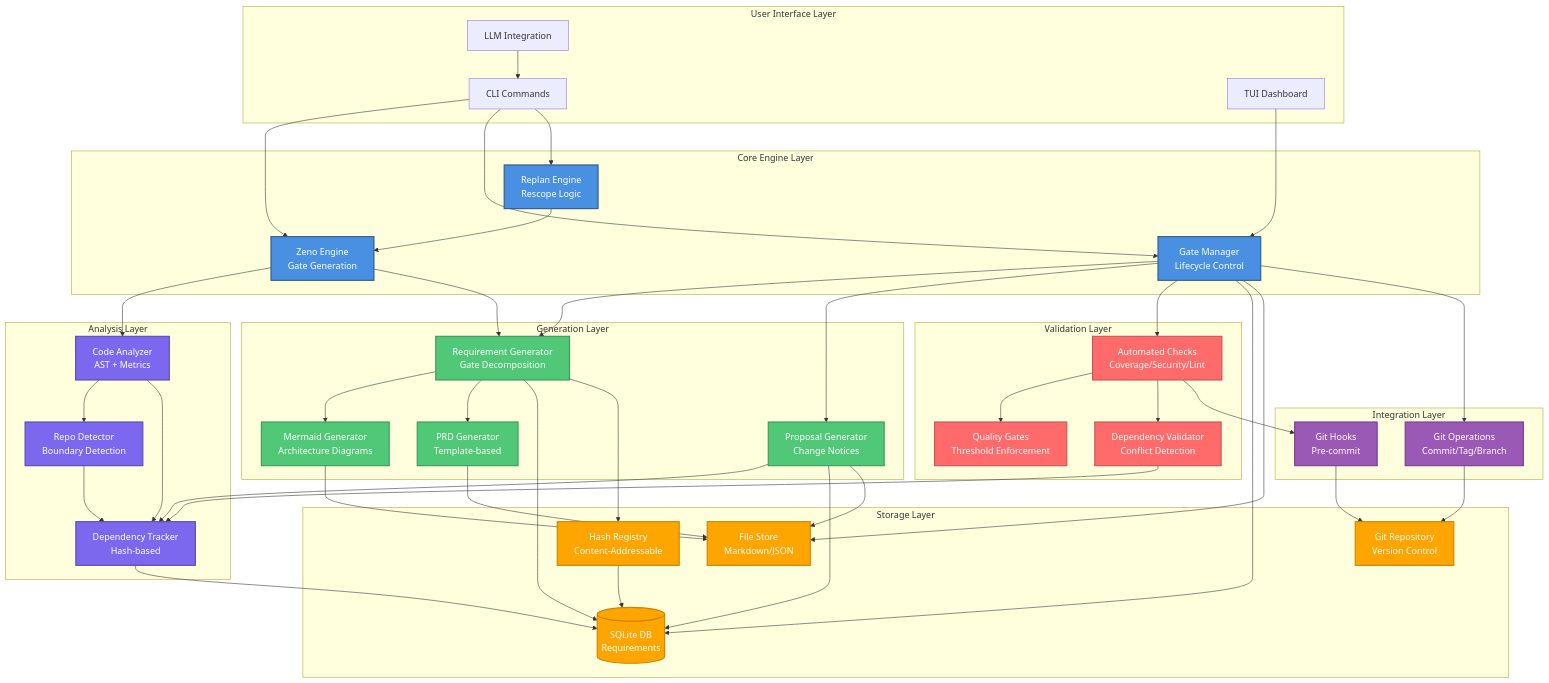
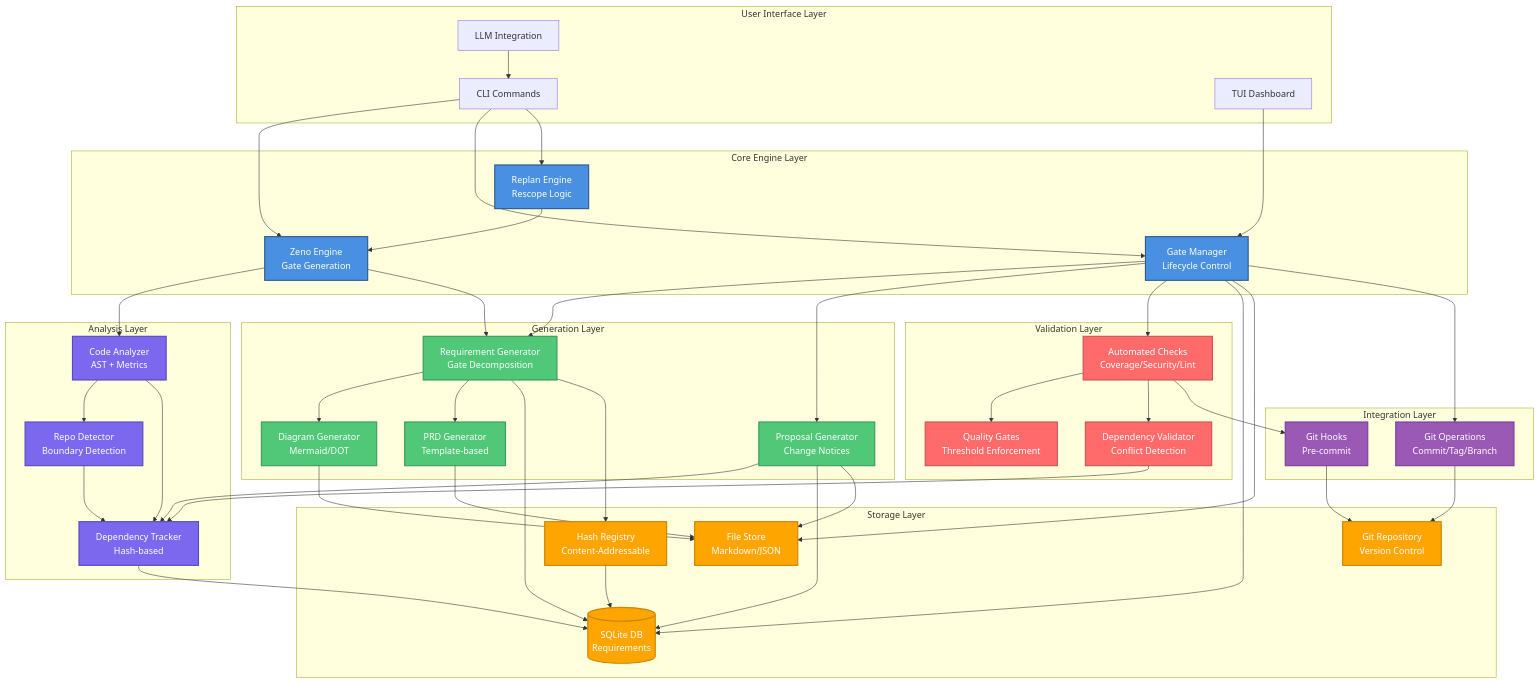
The diagram in zeno/architecture/system-overview.md (Duccci/Zenos-Planner), drawn with Mermaid before and after one commit. The commit also changed other lines of this file and 51 other files, not shown here.

First line of the commit message:
feat: Implement code metrics and dependency graph

```diff
--- a/zeno/architecture/system-overview.md
+++ b/zeno/architecture/system-overview.md
@@ -31,7 +31,7 @@
     
     subgraph "Generation Layer"
         ReqGenerator[Requirement Generator<br/>Gate Decomposition]
-        MermaidGen[Mermaid Generator<br/>Architecture Diagrams]
+        MermaidGen[Diagram Generator<br/>Mermaid/DOT]
         ProposalGen[Proposal Generator<br/>Change Notices]
         PRDGen[PRD Generator<br/>Template-based]
     end
```
